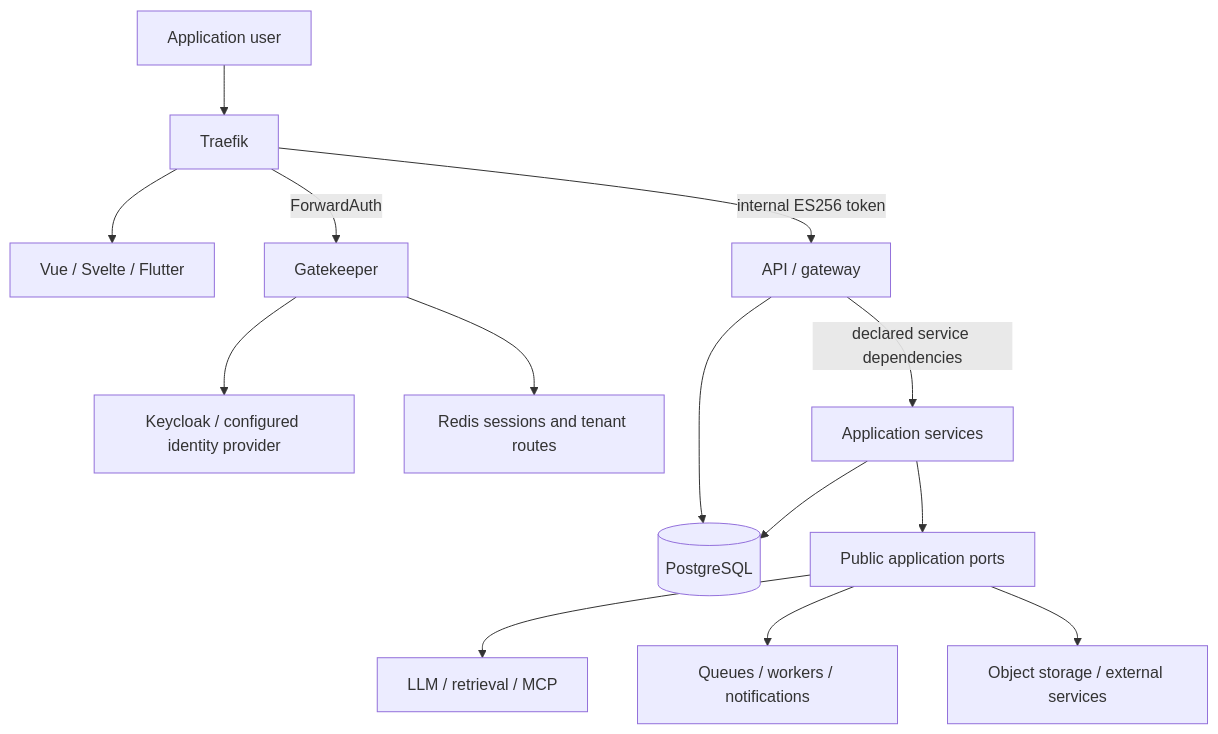
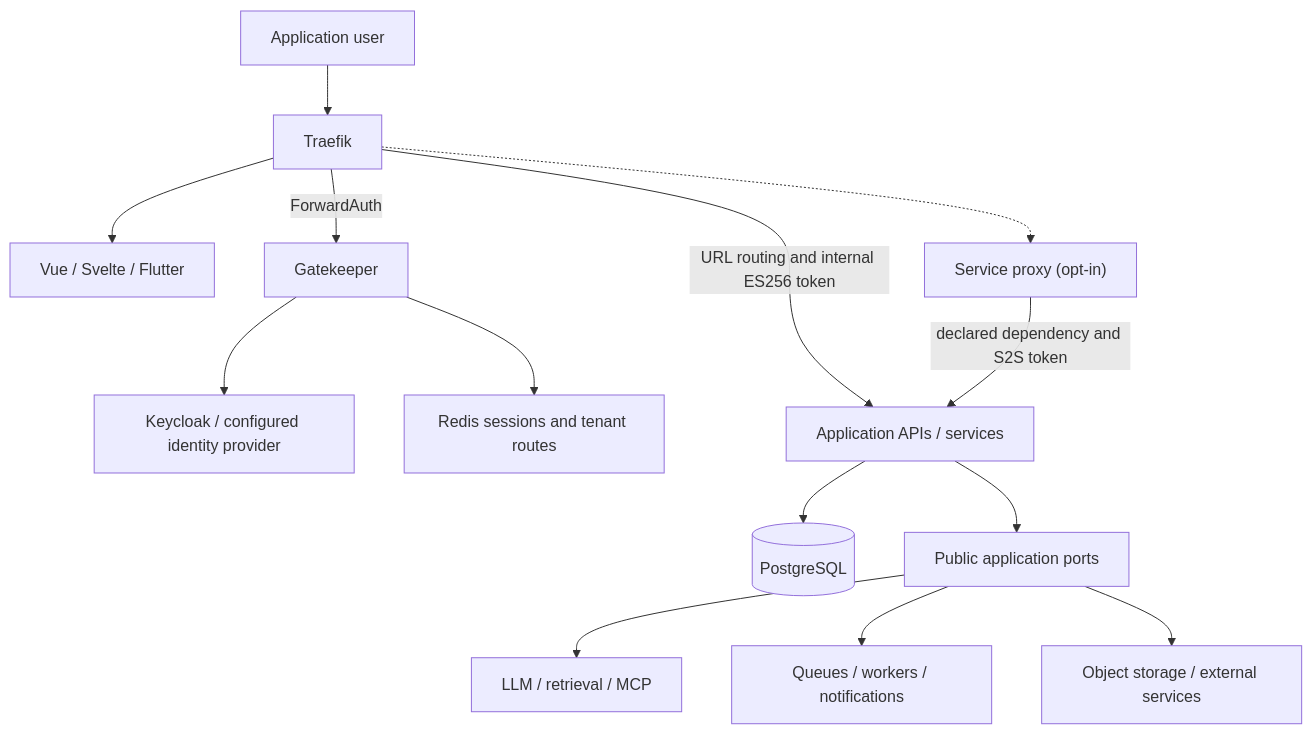
Before and after one commit to cchifor/forge: the second of 2 diagrams in README.md, drawn with Mermaid. The commit also changed other lines of this file and 15 other files, not shown here.

Commit message:
Default to direct service routing and make service proxy opt-in

````diff
--- a/README.md
+++ b/README.md
@@ -83,16 +84,16 @@
 ```mermaid
 flowchart TB
     User[Application user] --> Edge[Traefik]
     Edge --> UI[Vue / Svelte / Flutter]
     Edge -->|ForwardAuth| GK[Gatekeeper]
     GK --> IdP[Keycloak / configured identity provider]
     GK --> Redis[Redis sessions and tenant routes]
-    Edge -->|internal ES256 token| API[API / gateway]
-    API -->|declared service dependencies| Services[Application services]
-    API --> DB[(PostgreSQL)]
-    Services --> DB
+    Edge -->|URL routing and internal ES256 token| Services[Application APIs / services]
+    Edge -.-> Proxy["Service proxy (opt-in)"]
+    Proxy -->|declared dependency and S2S token| Services
+    Services --> DB[(PostgreSQL)]
     Services --> Ports[Public application ports]
     Ports --> AI[LLM / retrieval / MCP]
     Ports --> Jobs[Queues / workers / notifications]
     Ports --> Storage[Object storage / external services]
 ```
````
